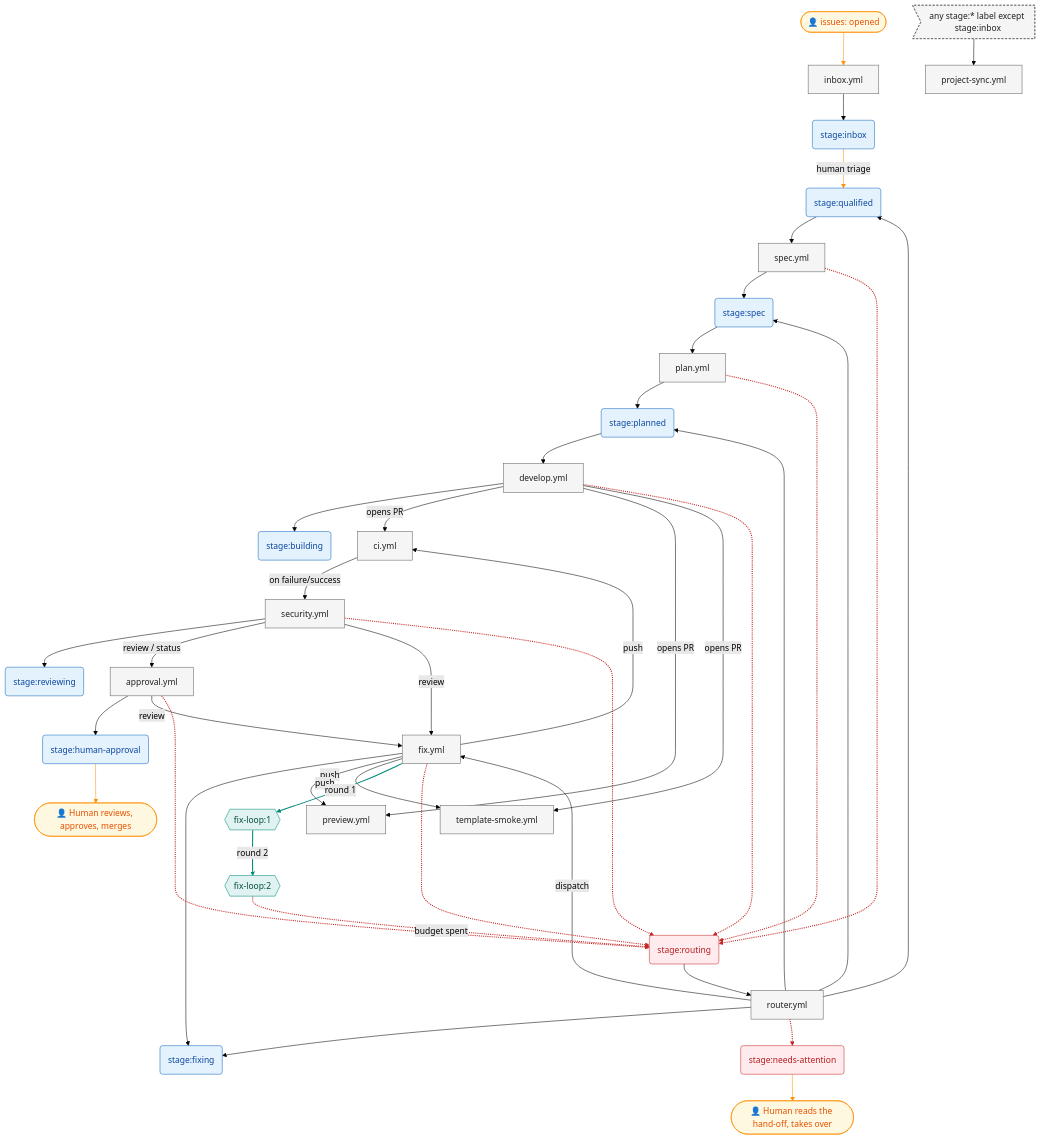
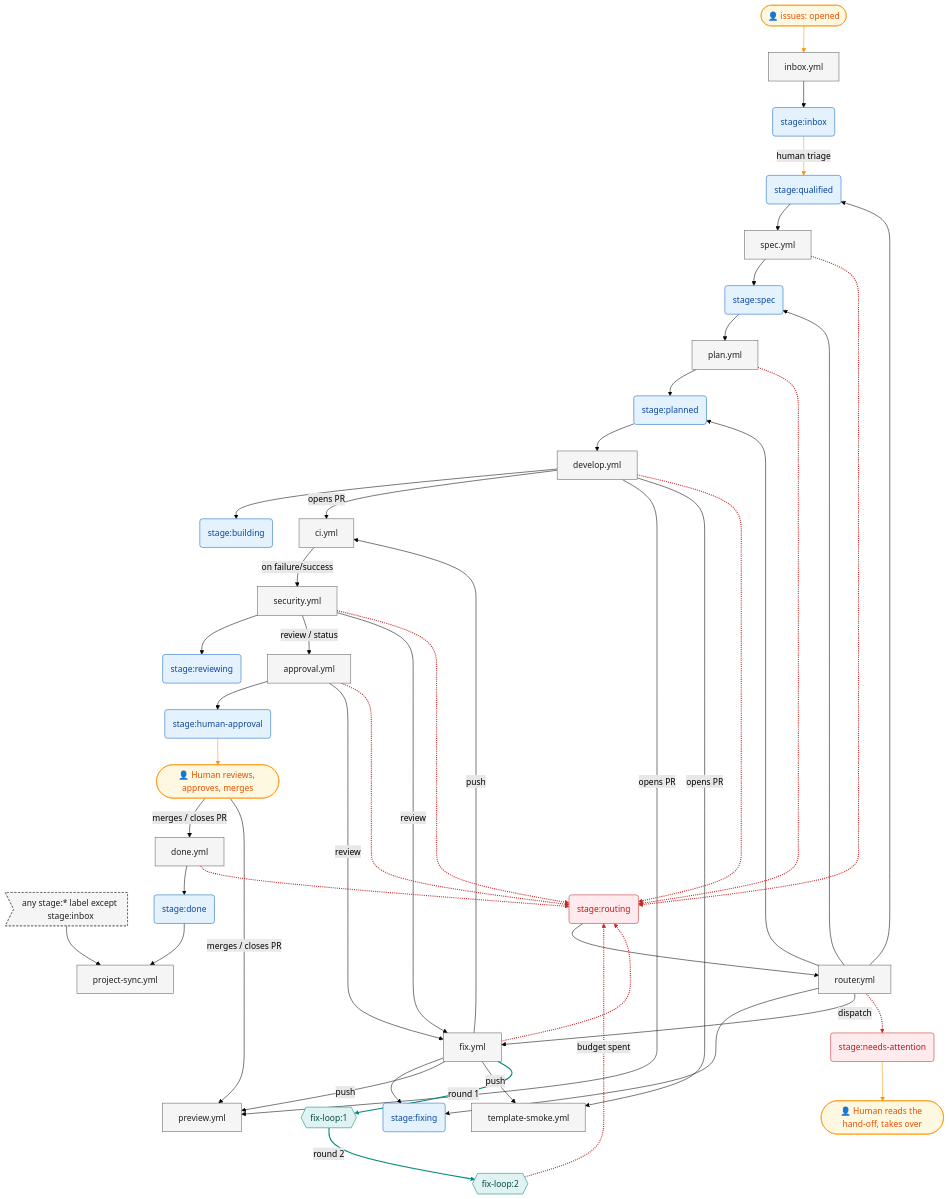
One commit to menashsoffer/nx-ai-agents-workspace changed the diagram in docs/pipeline-map.md. Above: the diagram before and after it, drawn with Mermaid (forest theme). The commit also changed other lines of this file and 13 other files, not shown here.

First line of the commit message:
Pipeline: merged PR -> stage:done, closed PR -> pr_closed routing

````diff
--- a/docs/pipeline-map.md
+++ b/docs/pipeline-map.md
@@ -21,6 +21,7 @@
   l_fix_loop_1{{"fix-loop:1"}}
   l_fix_loop_2{{"fix-loop:2"}}
   s_stage_building("stage:building")
+  s_stage_done("stage:done")
   s_stage_fixing("stage:fixing")
   s_stage_human_approval("stage:human-approval")
   s_stage_inbox("stage:inbox")
@@ -33,6 +34,7 @@
   w_approval["approval.yml"]
   w_ci["ci.yml"]
   w_develop["develop.yml"]
+  w_done["done.yml"]
   w_fix["fix.yml"]
   w_inbox["inbox.yml"]
   w_plan["plan.yml"]
@@ -47,12 +49,14 @@
   s_stage_inbox -->|"human triage"| s_stage_qualified
   s_stage_needs_attention --> h_stage_needs_attention
   g_project_sync_stage_ --> w_project_sync
+  s_stage_done --> w_project_sync
   s_stage_planned --> w_develop
   s_stage_qualified --> w_spec
   s_stage_routing --> w_router
   s_stage_spec --> w_plan
   w_approval --> s_stage_human_approval
   w_develop --> s_stage_building
+  w_done --> s_stage_done
   w_fix --> s_stage_fixing
   w_inbox --> s_stage_inbox
   w_plan --> s_stage_planned
@@ -62,6 +66,8 @@
   w_router --> s_stage_spec
   w_security --> s_stage_reviewing
   w_spec --> s_stage_spec
+  h_stage_human_approval -->|"merges / closes PR"| w_done
+  h_stage_human_approval -->|"merges / closes PR"| w_preview
   w_approval -->|"review"| w_fix
   w_ci -->|"on failure/success"| w_security
   w_develop -->|"opens PR"| w_ci
@@ -78,6 +84,7 @@
   l_fix_loop_2 -.->|"budget spent"| s_stage_routing
   w_approval -.-> s_stage_routing
   w_develop -.-> s_stage_routing
+  w_done -.-> s_stage_routing
   w_fix -.-> s_stage_routing
   w_plan -.-> s_stage_routing
   w_router -.-> s_stage_needs_attention
@@ -89,13 +96,13 @@
   classDef problem fill:#ffebee,stroke:#c62828,color:#b71c1c
   classDef human fill:#fff8e1,stroke:#ff8f00,color:#e65100
   classDef loop fill:#e0f2f1,stroke:#00897b,color:#004d40
-  class s_stage_building,s_stage_fixing,s_stage_human_approval,s_stage_inbox,s_stage_planned,s_stage_qualified,s_stage_reviewing,s_stage_spec stage
-  class w_approval,w_ci,w_develop,w_fix,w_inbox,w_plan,w_preview,w_project_sync,w_router,w_security,w_spec,w_template_smoke workflow
+  class s_stage_building,s_stage_done,s_stage_fixing,s_stage_human_approval,s_stage_inbox,s_stage_planned,s_stage_qualified,s_stage_reviewing,s_stage_spec stage
+  class w_approval,w_ci,w_develop,w_done,w_fix,w_inbox,w_plan,w_preview,w_project_sync,w_router,w_security,w_spec,w_template_smoke workflow
   class g_project_sync_stage_ gate
   class s_stage_needs_attention,s_stage_routing problem
   class h_src_inbox,h_stage_human_approval,h_stage_needs_attention human
   class l_fix_loop_1,l_fix_loop_2 loop
-  linkStyle 33,34,35,36,37,38,39,40 stroke:#c62828,stroke-width:2px
-  linkStyle 31,32 stroke:#00897b,stroke-width:2px
+  linkStyle 37,38,39,40,41,42,43,44,45 stroke:#c62828,stroke-width:2px
+  linkStyle 35,36 stroke:#00897b,stroke-width:2px
   linkStyle 0,1,2,3 stroke:#ff8f00
 ```
````
